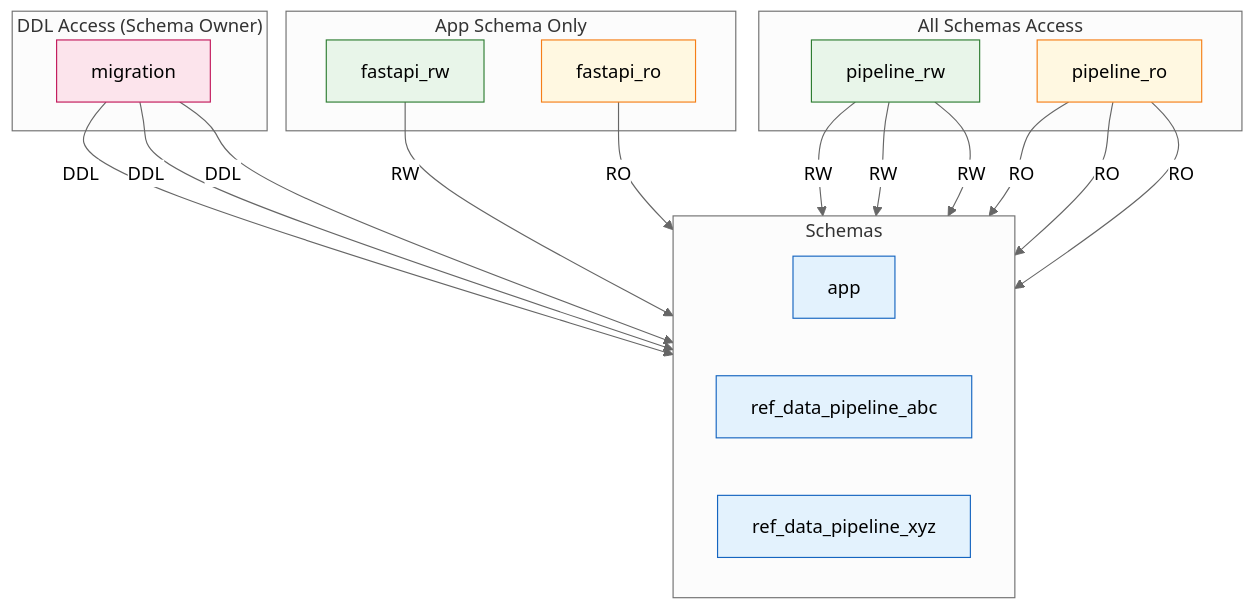
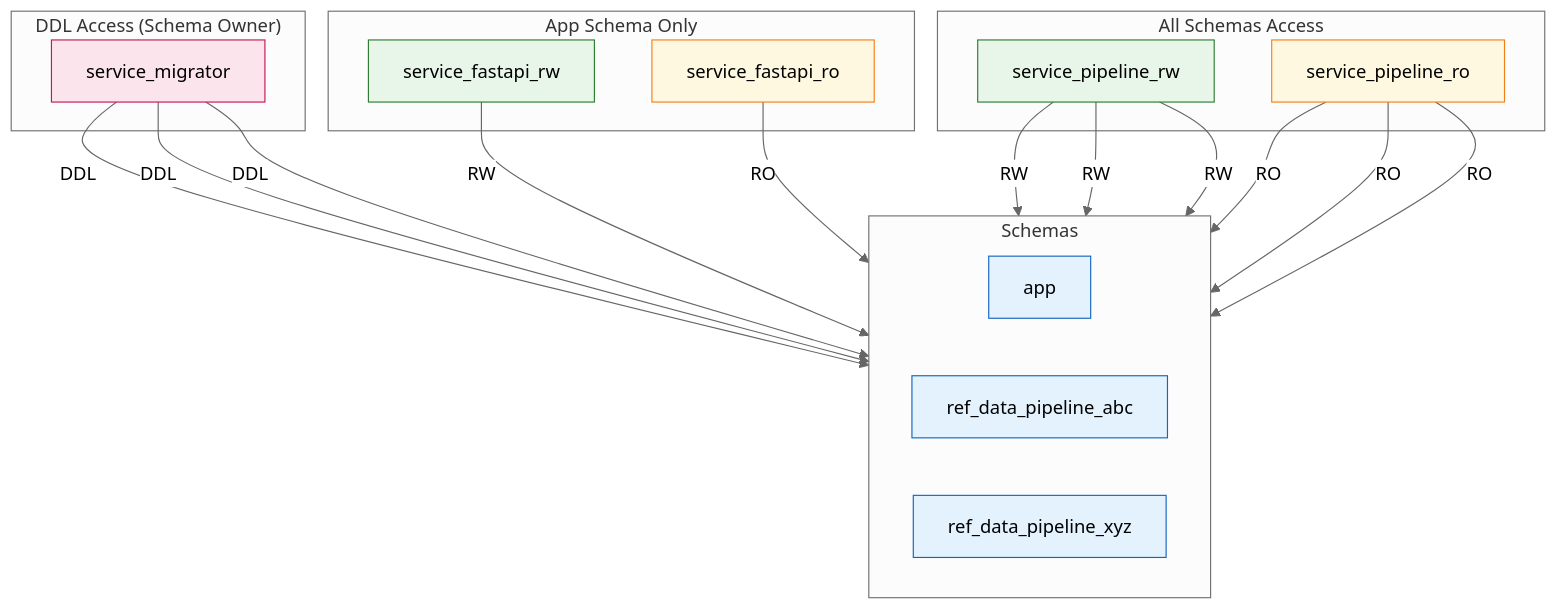
Before and after one commit to masterpointio/terraform-postgres-config-dbs-users-roles: the second of 2 diagrams in examples/llm_chat_app/README.md, drawn with Mermaid (neutral theme). The commit also changed other lines of this file and 7 other files, not shown here.

````diff
--- a/examples/llm_chat_app/README.md
+++ b/examples/llm_chat_app/README.md
@@ -223,52 +156,48 @@
 ```mermaid
 flowchart TB
     subgraph ddl_access["DDL Access (Schema Owner)"]
-        migration["migration"]
+        migration["service_migrator"]
     end
 
     subgraph app_only["App Schema Only"]
-        fastapi_rw["fastapi_rw"]
-        fastapi_ro["fastapi_ro"]
+        fastapi_rw["service_fastapi_rw"]
+        fastapi_ro["service_fastapi_ro"]
     end
 
     subgraph all_schemas["All Schemas Access"]
-        pipeline_rw["pipeline_rw"]
-        pipeline_ro["pipeline_ro"]
+        pipeline_rw["service_pipeline_rw"]
+        pipeline_ro["service_pipeline_ro"]
     end
 
     subgraph schemas["Schemas"]
         direction LR
         app["app"]
         ref_abc["ref_data_pipeline_abc"]
         ref_xyz["ref_data_pipeline_xyz"]
     end
 
-    %% DDL access - straight down to all schemas
     migration -->|DDL| app
     migration -->|DDL| ref_abc
     migration -->|DDL| ref_xyz
 
-    %% App-only roles - single path to app schema
     fastapi_rw -->|RW| app
     fastapi_ro -->|RO| app
 
-    %% Pipeline roles - access all schemas
     pipeline_rw -->|RW| app
     pipeline_rw -->|RW| ref_abc
     pipeline_rw -->|RW| ref_xyz
 
     pipeline_ro -->|RO| app
     pipeline_ro -->|RO| ref_abc
     pipeline_ro -->|RO| ref_xyz
 
-    %% Styling
     classDef schemaNode fill:#e3f2fd,stroke:#1565c0
     classDef ddlRole fill:#fce4ec,stroke:#c2185b
     classDef rwRole fill:#e8f5e9,stroke:#2e7d32
     classDef roRole fill:#fff8e1,stroke:#f57f17
 
     class app,ref_abc,ref_xyz schemaNode
     class migration ddlRole
     class fastapi_rw,pipeline_rw rwRole
     class fastapi_ro,pipeline_ro roRole
 ```
````
